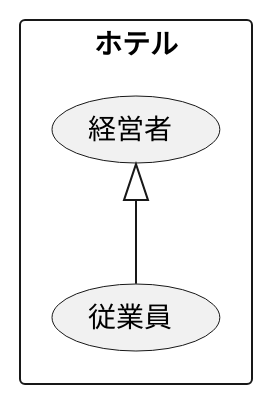
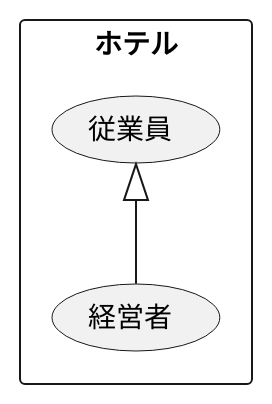
One commit to itchita/uml-introduction changed the diagram in 演習2-2_ホテル従業員.pu. Above: the diagram before and after it, drawn with PlantUML.

Commit message:
直し

```diff
--- a/演習2-2_ホテル従業員.pu
+++ b/演習2-2_ホテル従業員.pu
@@ -1,8 +1,8 @@
 @startuml ユースケース図
 ' left to right direction
 rectangle ホテル{
 usecase 従業員
 usecase 経営者
 }
-経営者<|-- 従業員
+従業員<|-- 経営者
 @enduml
```
